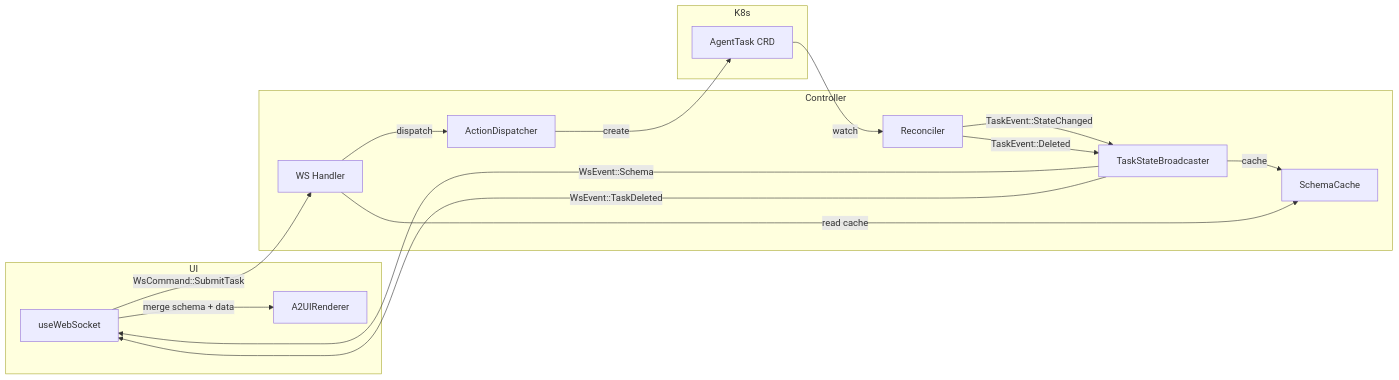
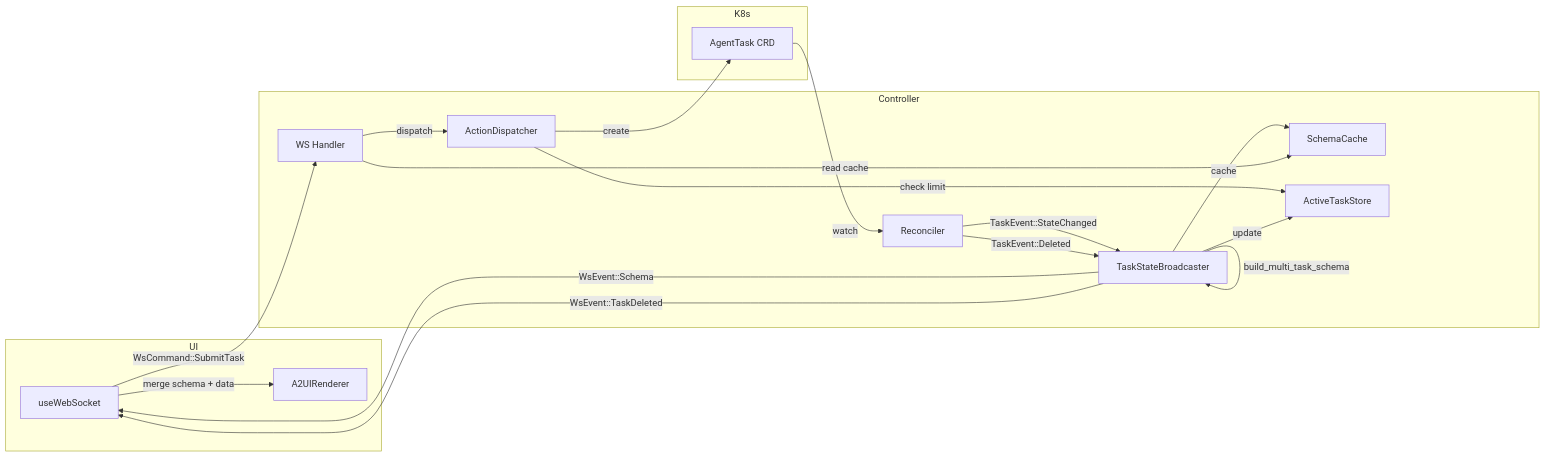
The second of 2 diagrams in docs/arch/15-ws-protocol.md (dshcherbatiuk/forgemaster), drawn with Mermaid before and after one commit. The commit also changed other lines of this file and 10 other files, not shown here.

First line of the commit message:
feat: Add multi-task tab support with limit enforcement and fix A2UI theme crash

````diff
--- a/docs/arch/15-ws-protocol.md
+++ b/docs/arch/15-ws-protocol.md
@@ -187,31 +266,35 @@
 ```mermaid
 flowchart LR
     subgraph UI
         A2UI[A2UIRenderer]
         WS[useWebSocket]
     end
 
     subgraph Controller
         Handler[WS Handler]
         Dispatcher[ActionDispatcher]
         Broadcaster[TaskStateBroadcaster]
         Cache[SchemaCache]
+        Store[ActiveTaskStore]
         Reconciler[Reconciler]
     end
 
     subgraph K8s
         CRD[AgentTask CRD]
     end
 
     WS -->|WsCommand::SubmitTask| Handler
     Handler -->|dispatch| Dispatcher
+    Dispatcher -->|check limit| Store
     Dispatcher -->|create| CRD
     CRD -->|watch| Reconciler
     Reconciler -->|TaskEvent::StateChanged| Broadcaster
     Reconciler -->|TaskEvent::Deleted| Broadcaster
+    Broadcaster -->|update| Store
+    Broadcaster -->|build_multi_task_schema| Broadcaster
     Broadcaster -->|WsEvent::Schema| WS
     Broadcaster -->|WsEvent::TaskDeleted| WS
     Broadcaster -->|cache| Cache
     Handler -->|read cache| Cache
     WS -->|merge schema + data| A2UI
 ```
````
